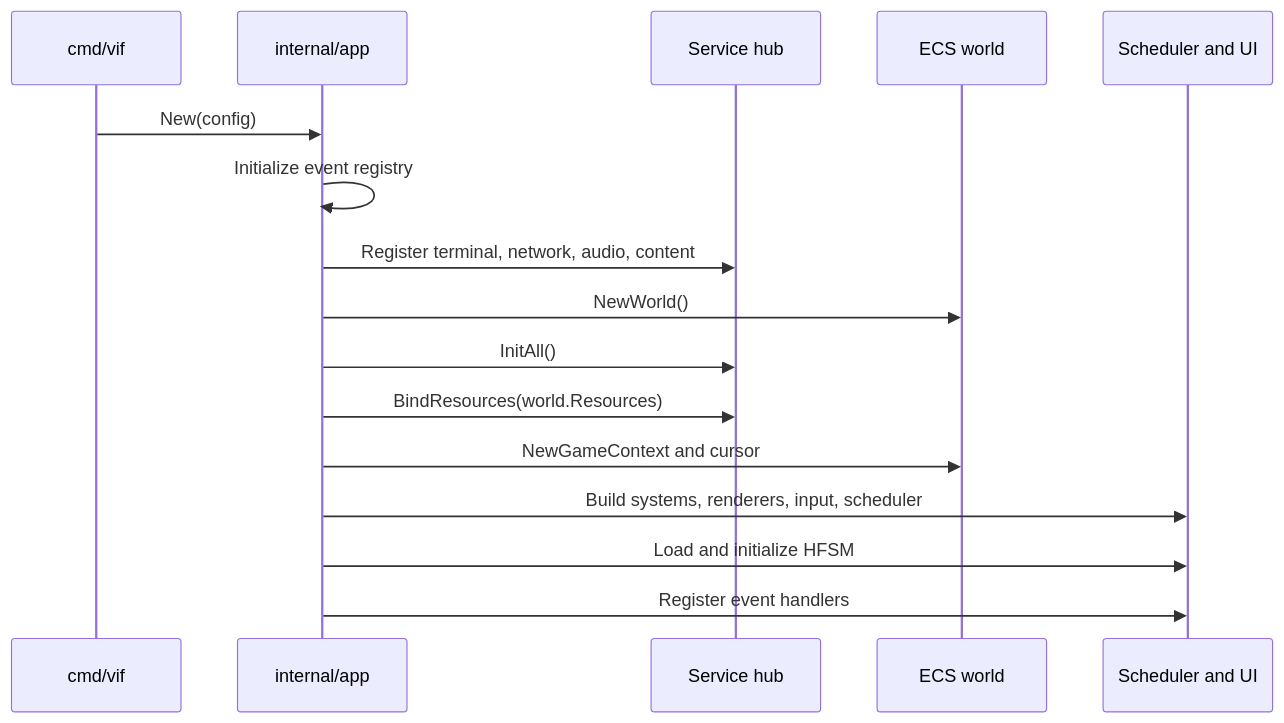
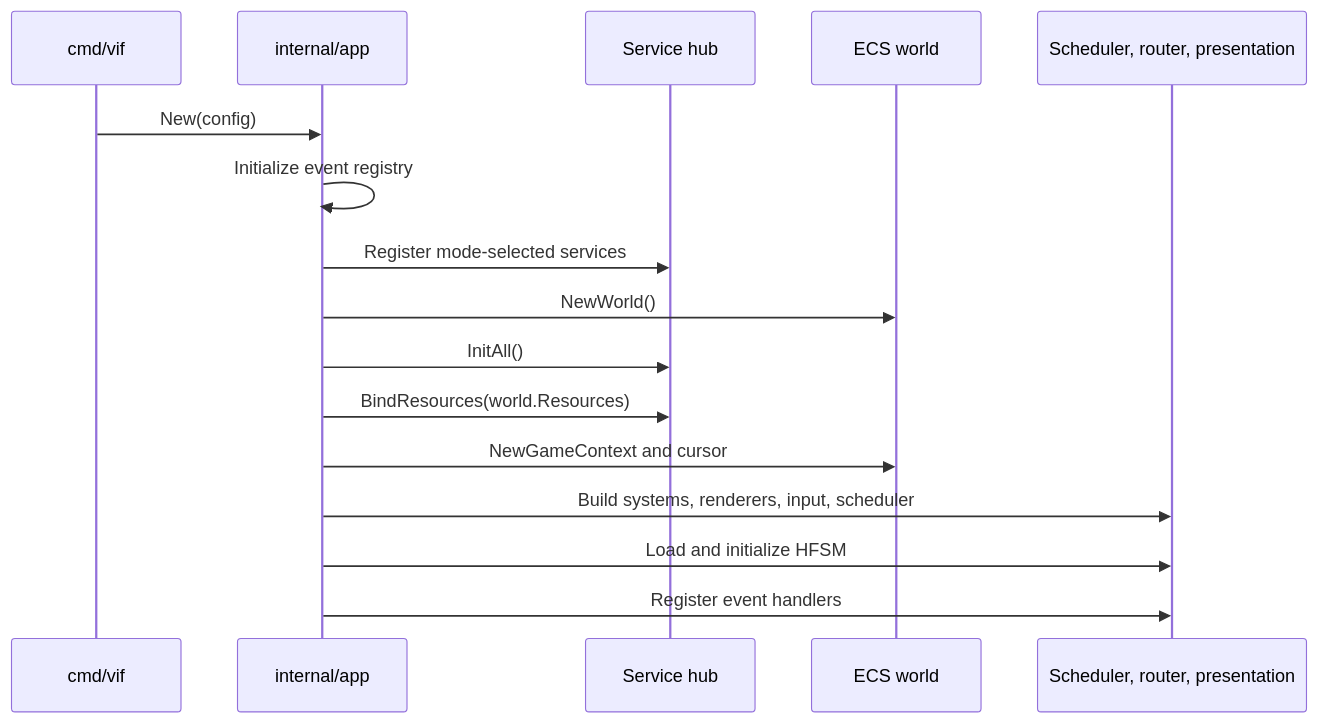
One commit to lixenwraith/vi-fighter changed the first of 3 diagrams in doc/runtime.md. Above: the diagram before and after it, drawn with Mermaid. The commit also changed other lines of this file and 15 other files, not shown here.

````diff
--- a/doc/runtime.md
+++ b/doc/runtime.md
@@ -22,19 +37,19 @@
 ```mermaid
 sequenceDiagram
     participant Main as cmd/vif
     participant App as internal/app
     participant Hub as Service hub
     participant World as ECS world
-    participant Runtime as Scheduler and UI
+    participant Runtime as Scheduler, router, presentation
 
     Main->>App: New(config)
     App->>App: Initialize event registry
-    App->>Hub: Register terminal, network, audio, content
+    App->>Hub: Register mode-selected services
     App->>World: NewWorld()
     App->>Hub: InitAll()
     App->>Hub: BindResources(world.Resources)
     App->>World: NewGameContext and cursor
     App->>Runtime: Build systems, renderers, input, scheduler
     App->>Runtime: Load and initialize HFSM
     App->>Runtime: Register event handlers
 ```
````
